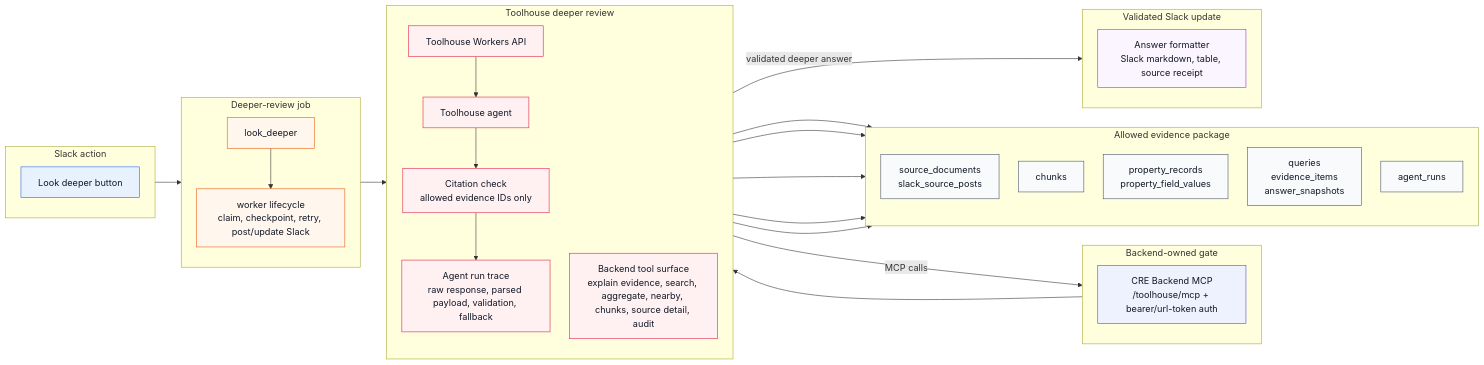
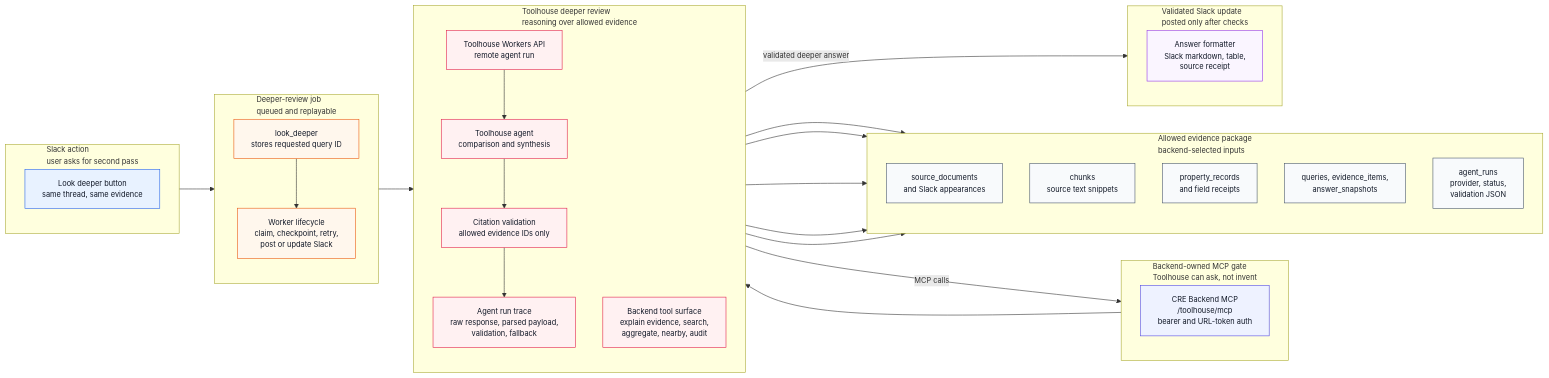
One commit to Aqwerty321/CRE-Knowledge-Engine changed the fourth of 8 diagrams in README.md. Above: the diagram before and after it, drawn with Mermaid. The commit also changed other lines of this file and 6 other files, not shown here.

Commit message:
Update documentation and validation metrics across multiple files; improve clarity and accuracy of system architecture and retrieval processes.

````diff
--- a/README.md
+++ b/README.md
@@ -230,67 +234,67 @@
 ```mermaid
-%%{init: {"flowchart": {"curve": "basis", "nodeSpacing": 34, "rankSpacing": 46}} }%%
+%%{init: {"flowchart": {"htmlLabels": true, "curve": "basis", "nodeSpacing": 48, "rankSpacing": 62, "wrappingWidth": 190}, "themeVariables": {"fontSize": "13px"}} }%%
 flowchart LR
     classDef surface fill:#e8f2ff,stroke:#2563eb,color:#111827
     classDef app fill:#eef2ff,stroke:#4f46e5,color:#111827
     classDef jobs fill:#fff7ed,stroke:#ea580c,color:#111827
     classDef store fill:#f8fafc,stroke:#475569,color:#111827
     classDef answer fill:#faf5ff,stroke:#9333ea,color:#111827
     classDef toolhouse fill:#fff1f2,stroke:#e11d48,color:#111827
 
-    subgraph S[Slack action]
+    subgraph S["Slack action<br/>user asks for second pass"]
         direction TB
-        S3[Look deeper button]
+        S3["Look deeper button<br/>same thread, same evidence"]
     end
 
-    subgraph J[Deeper-review job]
+    subgraph J["Deeper-review job<br/>queued and replayable"]
         direction TB
-        J3[look_deeper]
-        J4[worker lifecycle\nclaim, checkpoint, retry, post/update Slack]
+        J3["look_deeper<br/>stores requested query ID"]
+        J4["Worker lifecycle<br/>claim, checkpoint, retry,<br/>post or update Slack"]
     end
 
-    subgraph A[Backend-owned gate]
+    subgraph A["Backend-owned MCP gate<br/>Toolhouse can ask, not invent"]
         direction TB
-        A4[CRE Backend MCP\n/toolhouse/mcp + bearer/url-token auth]
+        A4["CRE Backend MCP<br/>/toolhouse/mcp<br/>bearer and URL-token auth"]
     end
 
-    subgraph T[Toolhouse deeper review]
+    subgraph T["Toolhouse deeper review<br/>reasoning over allowed evidence"]
         direction TB
-        T1[Toolhouse Workers API]
-        T2[Toolhouse agent]
-        T3[Backend tool surface\nexplain evidence, search, aggregate, nearby, chunks, source detail, audit]
-        T4[Citation check\nallowed evidence IDs only]
-        T5[Agent run trace\nraw response, parsed payload, validation, fallback]
+        T1["Toolhouse Workers API<br/>remote agent run"]
+        T2["Toolhouse agent<br/>comparison and synthesis"]
+        T3["Backend tool surface<br/>explain evidence, search,<br/>aggregate, nearby, audit"]
+        T4["Citation validation<br/>allowed evidence IDs only"]
+        T5["Agent run trace<br/>raw response, parsed payload,<br/>validation, fallback"]
     end
 
-    subgraph E[Allowed evidence package]
+    subgraph E["Allowed evidence package<br/>backend-selected inputs"]
         direction TB
-        E1[source_documents\nslack_source_posts]
-        E2[chunks]
-        E3[property_records\nproperty_field_values]
-        E4[queries\nevidence_items\nanswer_snapshots]
-        E5[agent_runs]
+        E1["source_documents<br/>and Slack appearances"]
+        E2["chunks<br/>source text snippets"]
+        E3["property_records<br/>and field receipts"]
+        E4["queries, evidence_items,<br/>answer_snapshots"]
+        E5["agent_runs<br/>provider, status,<br/>validation JSON"]
     end
 
-    subgraph R[Validated Slack update]
+    subgraph R["Validated Slack update<br/>posted only after checks"]
         direction TB
-        R4[Answer formatter\nSlack markdown, table, source receipt]
+        R4["Answer formatter<br/>Slack markdown, table,<br/>source receipt"]
     end
 
     S3 --> J3 --> J4 --> T1 --> T2
     T2 -->|MCP calls| A4
     A4 --> T3
     T3 --> E1
     T3 --> E2
     T3 --> E3
     T3 --> E4
     T2 --> T4
     T4 --> T5 --> E5
     T4 -->|validated deeper answer| R4
 
     class S3 surface
     class A4 app
     class J3,J4 jobs
     class E1,E2,E3,E4,E5 store
     class R4 answer
     class T1,T2,T3,T4,T5 toolhouse
 ```
````
